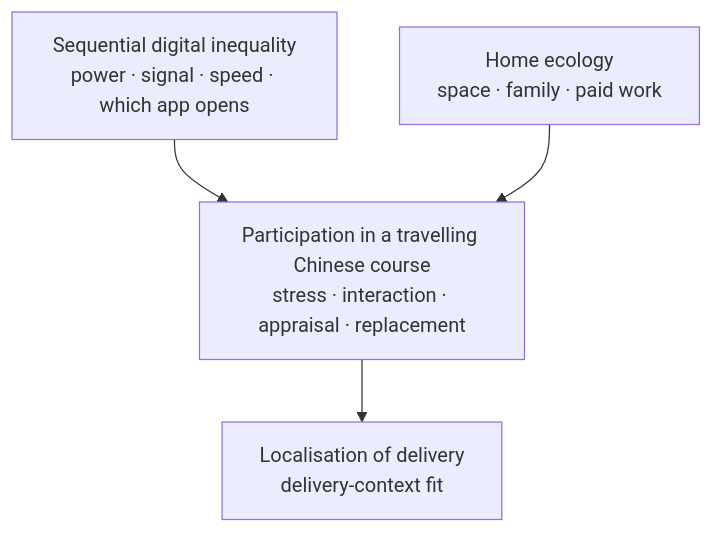
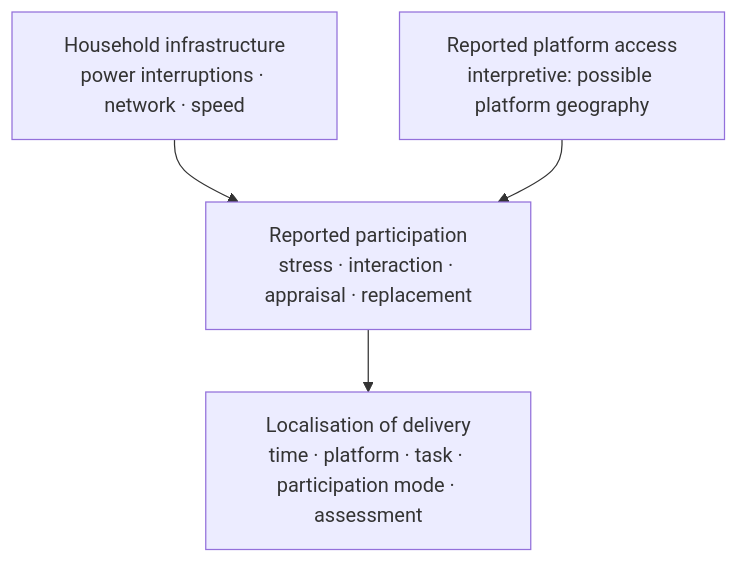
Before and after one commit to kristinehina23-rgb/heena: the diagram in papers/q1-masters-covid/figure-1-sketch.md, drawn with Mermaid. The commit also changed other lines of this file and 11 other files, not shown here.

````diff
--- a/papers/q1-masters-covid/figure-1-sketch.md
+++ b/papers/q1-masters-covid/figure-1-sketch.md
@@ -7,6 +5,6 @@
 ```mermaid
 flowchart TD
-  A[Sequential digital inequality<br/>power · signal · speed · which app opens] --> D[Participation in a travelling Chinese course<br/>stress · interaction · appraisal · replacement]
-  B[Home ecology<br/>space · family · paid work] --> D
-  D --> L[Localisation of delivery<br/>delivery-context fit]
+  A[Household infrastructure<br/>power interruptions · network · speed] --> C[Reported participation<br/>stress · interaction · appraisal · replacement]
+  B[Reported platform access<br/>interpretive: possible platform geography] --> C
+  C --> D[Localisation of delivery<br/>time · platform · task · participation mode · assessment]
 ```
````
